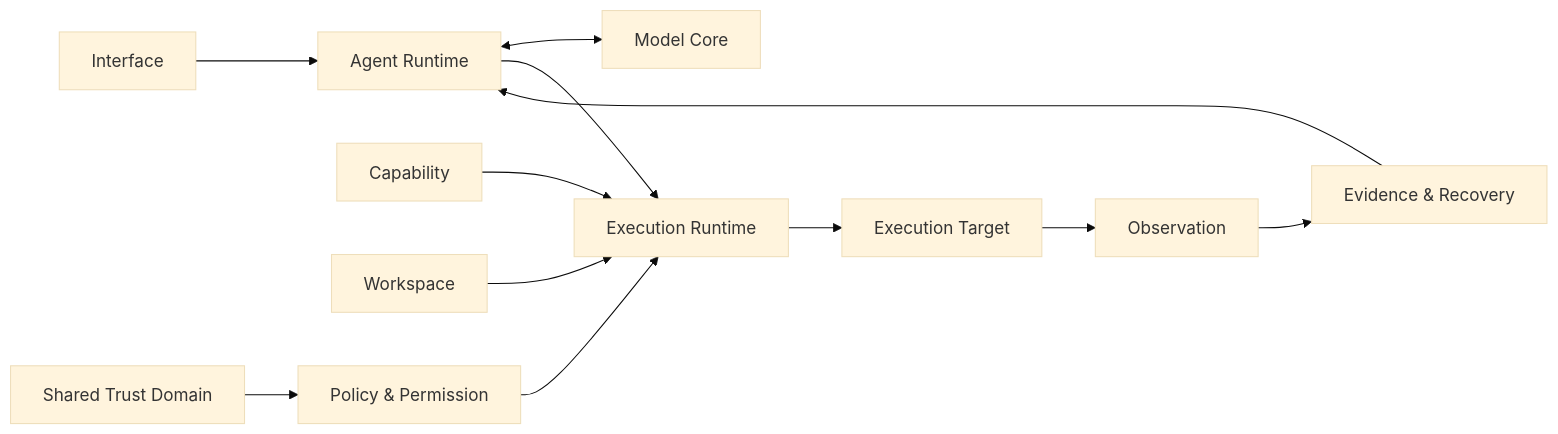
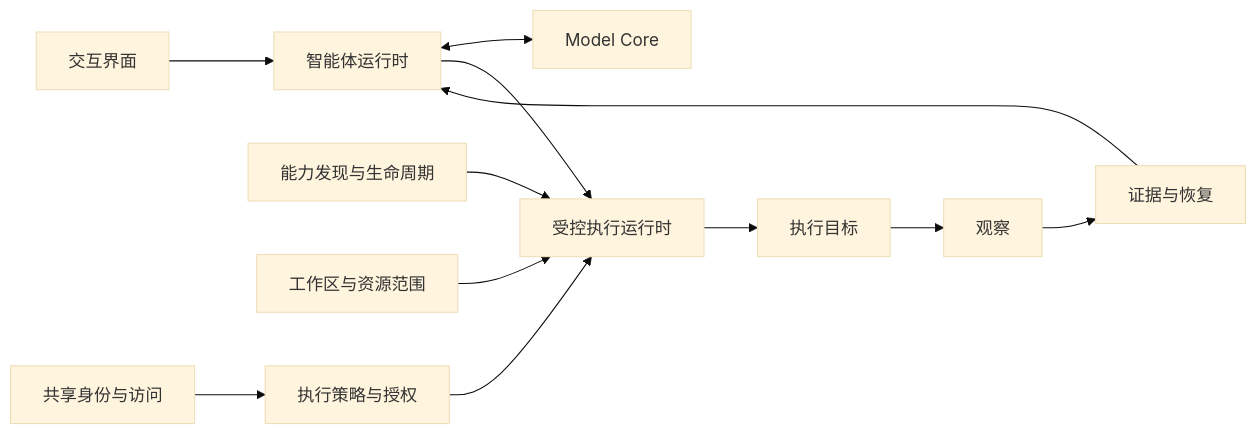
One commit to yuanchangsai77/sai-works changed the diagram in docs/architecture.md. Above: the diagram before and after it, drawn with Mermaid (base theme). The commit also changed other lines of this file and 64 other files, not shown here.

````diff
--- a/docs/architecture.md
+++ b/docs/architecture.md
@@ -66,14 +66,14 @@
 ```mermaid
 flowchart LR
-    UI[Interface] --> A[Agent Runtime]
+    UI[交互界面] --> A[智能体运行时]
     A <--> M[Model Core]
-    A --> E[Execution Runtime]
-    C[Capability] --> E
-    W[Workspace] --> E
-    P[Policy & Permission] --> E
-    T[Shared Trust Domain] --> P
-    E --> R[Execution Target]
-    R --> O[Observation]
-    O --> V[Evidence & Recovery]
+    A --> E[受控执行运行时]
+    C[能力发现与生命周期] --> E
+    W[工作区与资源范围] --> E
+    P[执行策略与授权] --> E
+    T[共享身份与访问] --> P
+    E --> R[执行目标]
+    R --> O[观察]
+    O --> V[证据与恢复]
     V --> A
 ```
````
